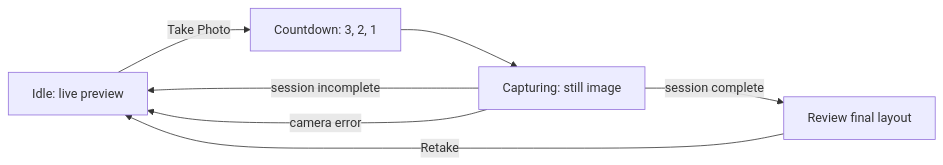
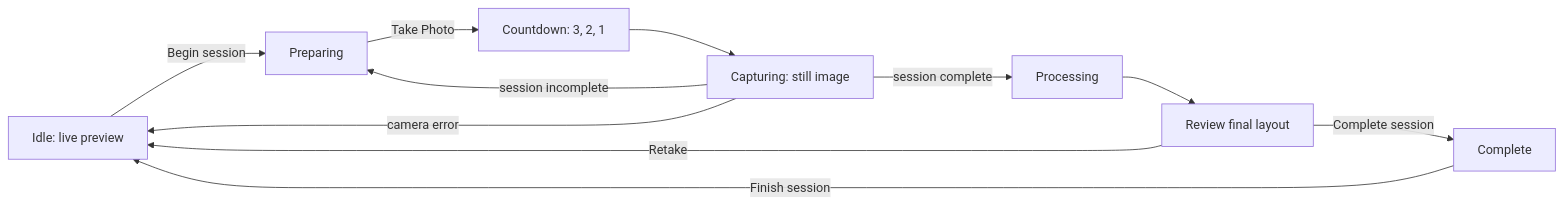
The second of 3 diagrams in docs/architecture/overview.md (djr8nch/piprints), drawn with Mermaid before and after one commit. The commit also changed other lines of this file and 7 other files, not shown here.

````diff
--- a/docs/architecture/overview.md
+++ b/docs/architecture/overview.md
@@ -120,9 +114,13 @@
 ```mermaid
 flowchart LR
-    Idle["Idle: live preview"] -->|Take Photo| Countdown["Countdown: 3, 2, 1"]
+    Idle["Idle: live preview"] -->|Begin session| Preparing["Preparing"]
+    Preparing -->|Take Photo| Countdown["Countdown: 3, 2, 1"]
     Countdown --> Capturing["Capturing: still image"]
-    Capturing -->|session incomplete| Idle
-    Capturing -->|session complete| Review["Review final layout"]
+    Capturing -->|session incomplete| Preparing
+    Capturing -->|session complete| Processing
+    Processing --> Review["Review final layout"]
     Review -->|Retake| Idle
+    Review -->|Complete session| Complete
+    Complete -->|Finish session| Idle
     Capturing -->|camera error| Idle
 ```
````
